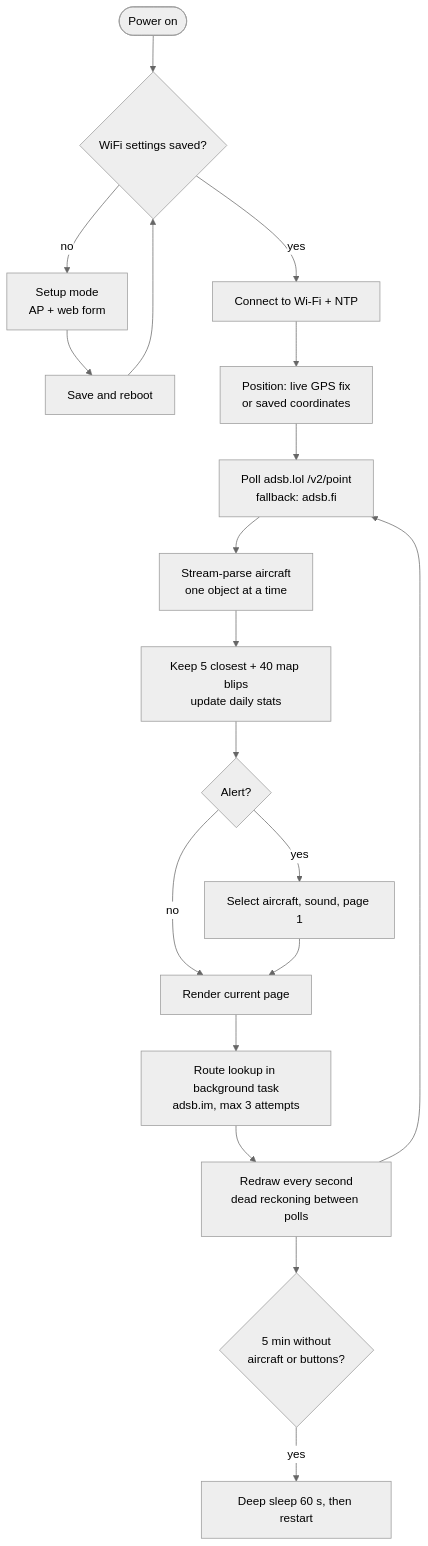
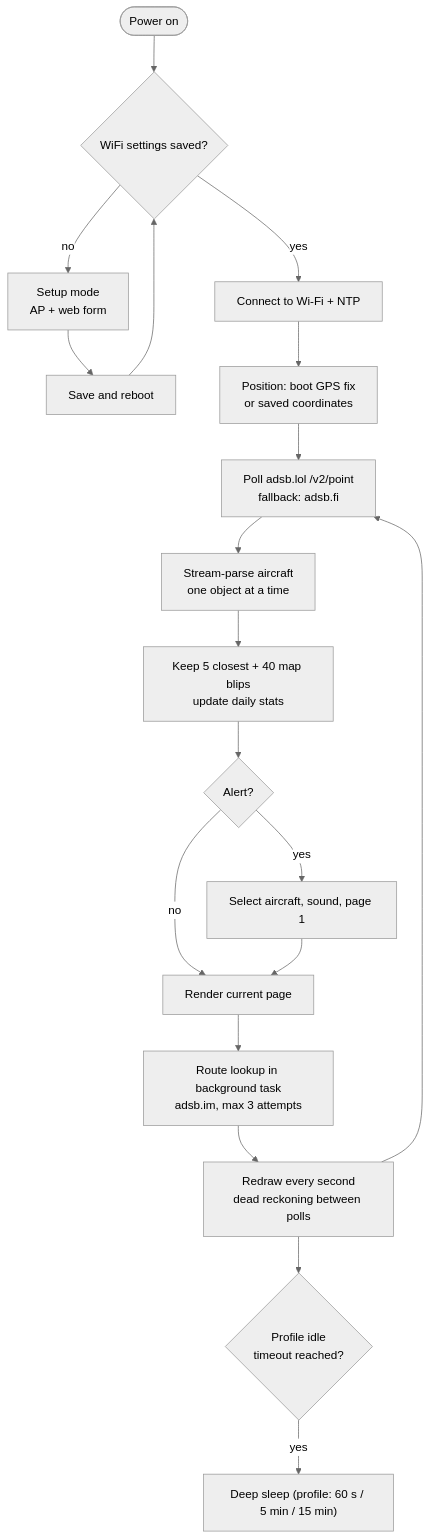
The sixth of 6 diagrams in README.md (svatec/nearplane-plus), drawn with Mermaid (neutral theme) before and after one commit. The commit also changed other lines of this file and 3 other files, not shown here.

````diff
--- a/README.md
+++ b/README.md
@@ -337,18 +361,18 @@
 ```mermaid
 flowchart TD
     A([Power on]) --> B{WiFi settings saved?}
     B -- no --> C["Setup mode<br/>AP + web form"] --> D[Save and reboot] --> B
     B -- yes --> E[Connect to Wi-Fi + NTP]
-    E --> E2["Position: live GPS fix<br/>or saved coordinates"] --> F["Poll adsb.lol /v2/point<br/>fallback: adsb.fi"]
+    E --> E2["Position: boot GPS fix<br/>or saved coordinates"] --> F["Poll adsb.lol /v2/point<br/>fallback: adsb.fi"]
     F --> G["Stream-parse aircraft<br/>one object at a time"]
     G --> H["Keep 5 closest + 40 map blips<br/>update daily stats"]
     H --> I{Alert?}
     I -- yes --> J[Select aircraft, sound, page 1]
     I -- no --> K[Render current page]
     J --> K
     K --> L["Route lookup in background task<br/>adsb.im, max 3 attempts"]
     L --> M["Redraw every second<br/>dead reckoning between polls"]
     M --> F
-    M --> N{"5 min without<br/>aircraft or buttons?"}
-    N -- yes --> O[Deep sleep 60 s, then restart]
+    M --> N{"Profile idle<br/>timeout reached?"}
+    N -- yes --> O["Deep sleep (profile: 60 s / 5 min / 15 min)"]
 ```
````
